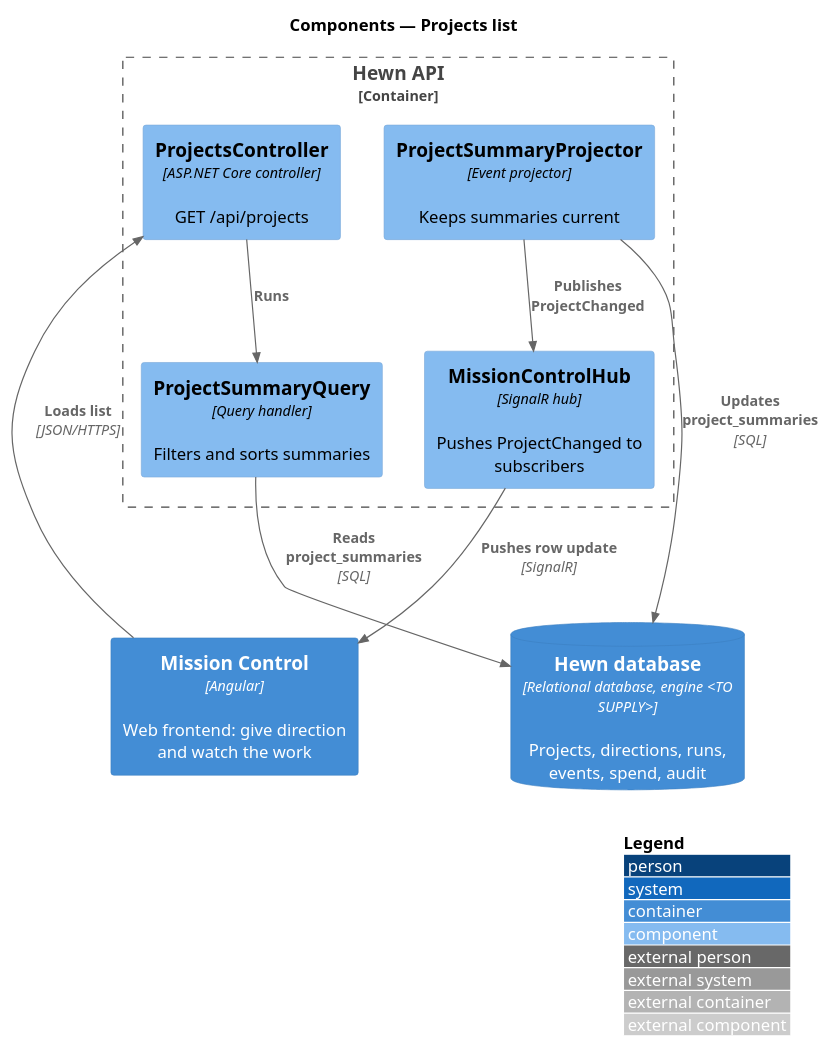
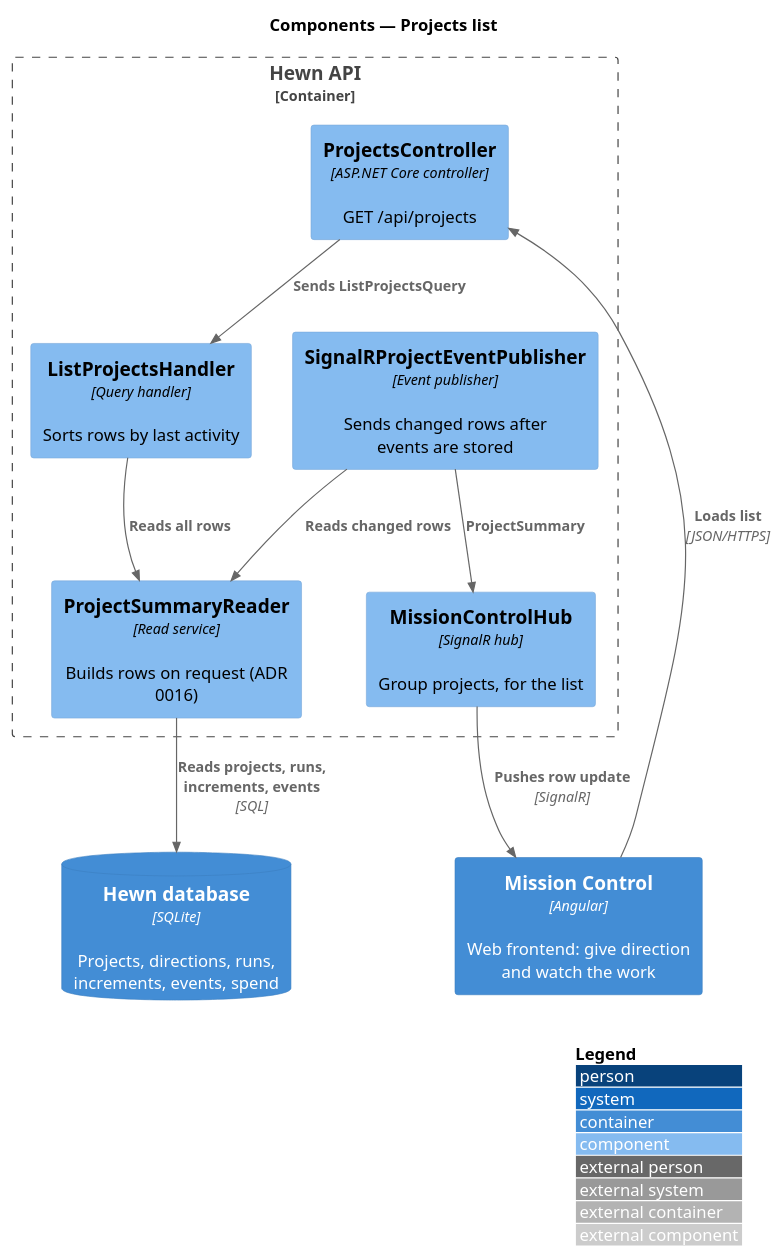
One commit to QuinntyneBrown/hewn changed the diagram in docs/detailed-designs/projects/projects-list/diagrams/c4-component.puml. Above: the diagram before and after it, drawn with PlantUML. The commit also changed 64 other files, not shown here.

```diff
--- a/docs/detailed-designs/projects/projects-list/diagrams/c4-component.puml
+++ b/docs/detailed-designs/projects/projects-list/diagrams/c4-component.puml
@@ -1,21 +1,23 @@
 @startuml
 !include <C4/C4_Component>
 LAYOUT_WITH_LEGEND()
 title Components — Projects list
 
 Container(spa, "Mission Control", "Angular", "Web frontend: give direction and watch the work")
-ContainerDb(db, "Hewn database", "Relational database, engine <TO SUPPLY>", "Projects, directions, runs, events, spend, audit")
+ContainerDb(db, "Hewn database", "SQLite", "Projects, directions, runs, increments, events, spend")
 Container_Boundary(api_b, "Hewn API") {
   Component(ctrl, "ProjectsController", "ASP.NET Core controller", "GET /api/projects")
-  Component(query, "ProjectSummaryQuery", "Query handler", "Filters and sorts summaries")
-  Component(proj, "ProjectSummaryProjector", "Event projector", "Keeps summaries current")
-  Component(hub, "MissionControlHub", "SignalR hub", "Pushes ProjectChanged to subscribers")
+  Component(handler, "ListProjectsHandler", "Query handler", "Sorts rows by last activity")
+  Component(reader, "ProjectSummaryReader", "Read service", "Builds rows on request (ADR 0016)")
+  Component(pub, "SignalRProjectEventPublisher", "Event publisher", "Sends changed rows after events are stored")
+  Component(hub, "MissionControlHub", "SignalR hub", "Group projects, for the list")
 }
 
 Rel(spa, ctrl, "Loads list", "JSON/HTTPS")
-Rel(ctrl, query, "Runs")
-Rel(query, db, "Reads project_summaries", "SQL")
-Rel(proj, db, "Updates project_summaries", "SQL")
-Rel(proj, hub, "Publishes ProjectChanged")
+Rel(ctrl, handler, "Sends ListProjectsQuery")
+Rel(handler, reader, "Reads all rows")
+Rel(pub, reader, "Reads changed rows")
+Rel(reader, db, "Reads projects, runs, increments, events", "SQL")
+Rel(pub, hub, "ProjectSummary")
 Rel(hub, spa, "Pushes row update", "SignalR")
 @enduml
```
